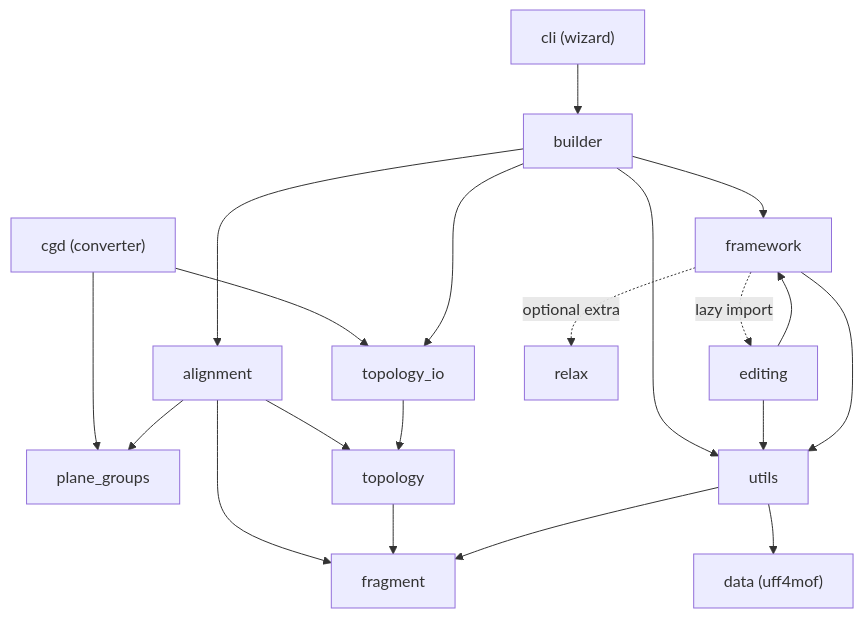
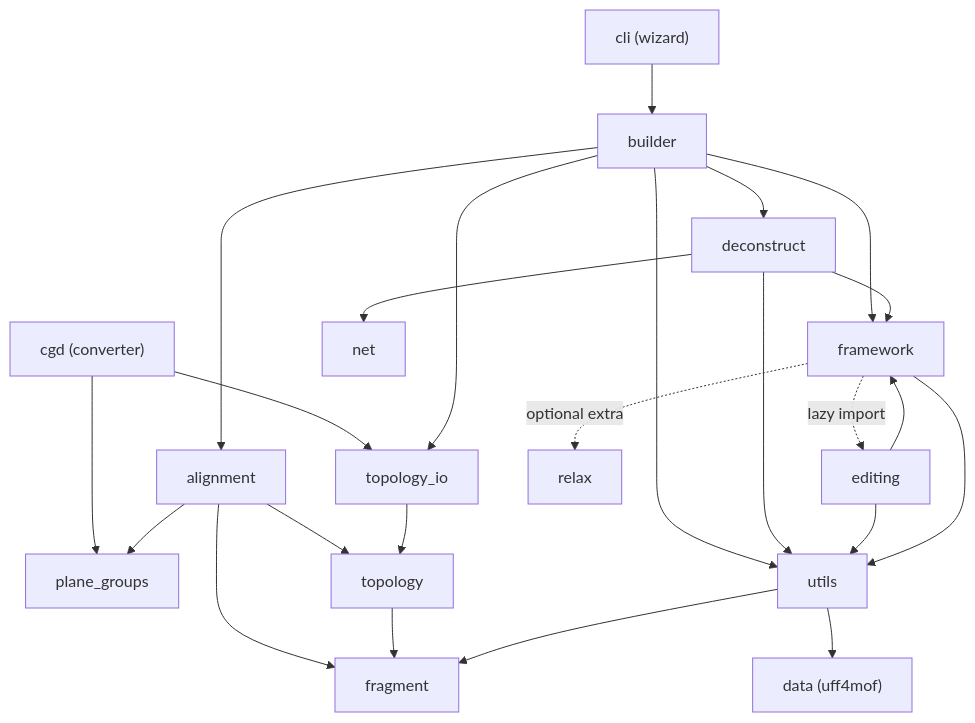
One commit to DCoupry/autografs changed the third of 3 diagrams in README.md. Above: the diagram before and after it, drawn with Mermaid. The commit also changed other lines of this file and 8 other files, not shown here.

First line of the commit message:
Framework deconstruction: CIF to SBUs + net identification

````diff
--- a/README.md
+++ b/README.md
@@ -359,22 +364,26 @@
 ```mermaid
 flowchart TD
     cli["cli  (wizard)"] --> builder
     cgd["cgd  (converter)"] --> plane_groups
     cgd --> topology_io
     builder --> alignment
     builder --> topology_io
     builder --> framework
     builder --> utils
+    builder --> deconstruct
+    deconstruct --> net
+    deconstruct --> framework
+    deconstruct --> utils
     framework -. "lazy import" .-> editing
     editing --> framework
     editing --> utils
     alignment --> fragment
     alignment --> topology
     alignment --> plane_groups
     topology --> fragment
     topology_io --> topology
     framework --> utils
     framework -. "optional extra" .-> relax
     utils --> fragment
     utils --> data["data  (uff4mof)"]
 ```
````
